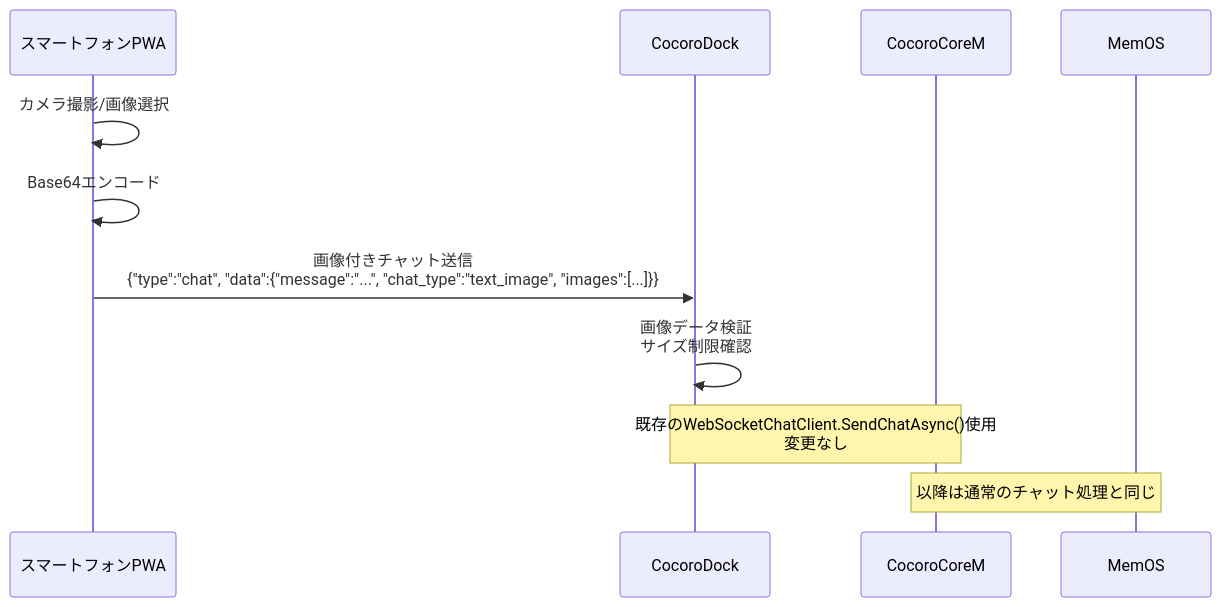
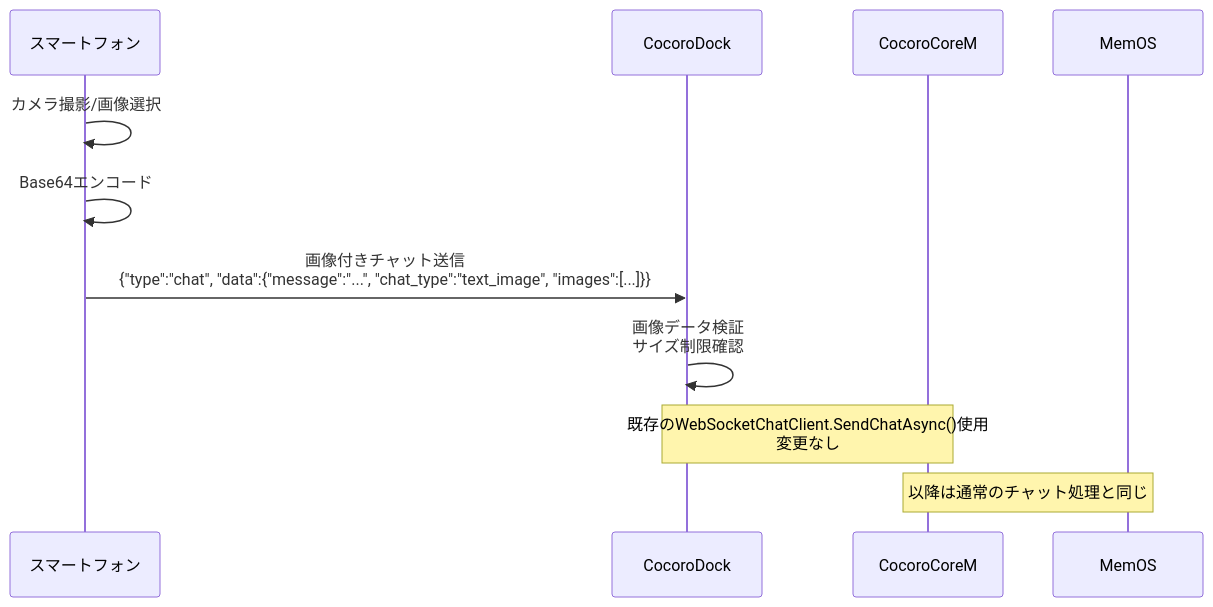
Before and after one commit to hirona98/CocoroCoreM: the fourth of 6 diagrams in docs/CocoroAI_Web対応処理シーケンス.md, drawn with Mermaid. The commit also changed other lines of this file and 1 other file, not shown here.

````diff
--- a/docs/CocoroAI_Web対応処理シーケンス.md
+++ b/docs/CocoroAI_Web対応処理シーケンス.md
@@ -106,18 +105,18 @@
 ```mermaid
 sequenceDiagram
-    participant PWA as スマートフォンPWA
+    participant ブラウザ as スマートフォン
     participant Dock as CocoroDock
     participant Core as CocoroCoreM
     participant MemOS as MemOS
     
-    PWA->>PWA: カメラ撮影/画像選択
-    PWA->>PWA: Base64エンコード
+    ブラウザ->>ブラウザ: カメラ撮影/画像選択
+    ブラウザ->>ブラウザ: Base64エンコード
     
-    PWA->>Dock: 画像付きチャット送信<br/>{"type":"chat", "data":{"message":"...", "chat_type":"text_image", "images":[...]}}
+    ブラウザ->>Dock: 画像付きチャット送信<br/>{"type":"chat", "data":{"message":"...", "chat_type":"text_image", "images":[...]}}
     
     Dock->>Dock: 画像データ検証<br/>サイズ制限確認
     
     Note over Dock,Core: 既存のWebSocketChatClient.SendChatAsync()使用<br/>変更なし
     
     Note over MemOS,Core: 以降は通常のチャット処理と同じ
 ```
````
